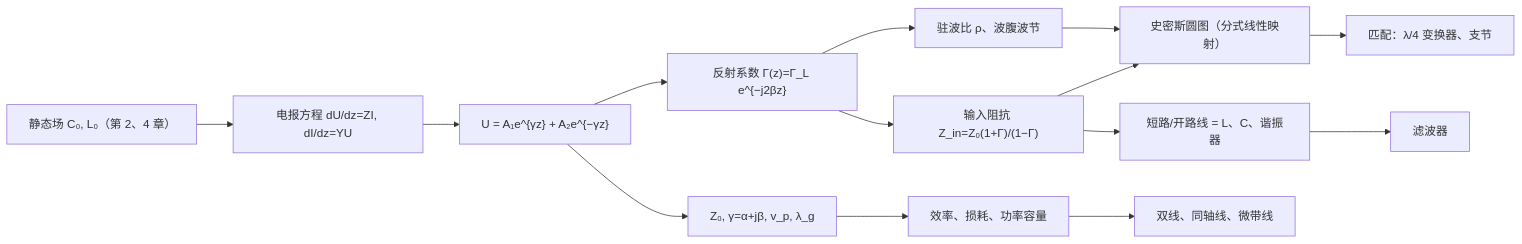
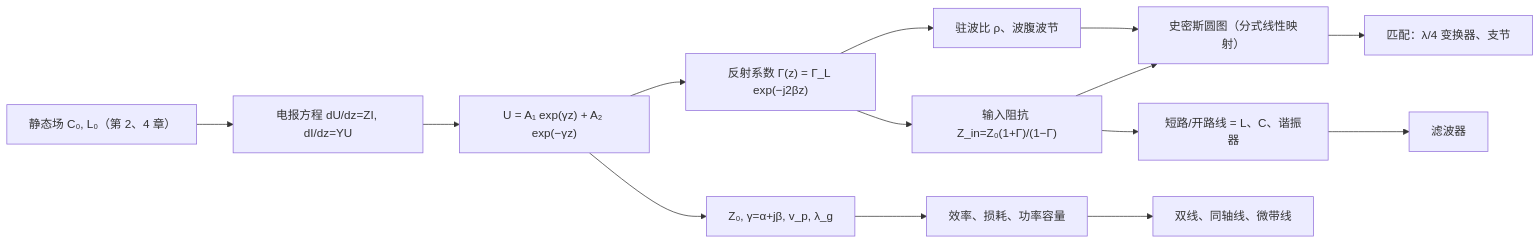
Before and after one commit to cockroach-f/em-fields-waves: the diagram in docs/ch7.md, drawn with Mermaid. The commit also changed 1 other file, not shown here.

Commit message:
归纳图里的指数改成 exp，避免 ^ 和花括号原样显示。

````diff
--- a/docs/ch7.md
+++ b/docs/ch7.md
@@ -784,16 +784,16 @@
 ```mermaid
 flowchart LR
     S["静态场 C₀, L₀（第 2、4 章）"] --> TL["电报方程 dU/dz=ZI, dI/dz=YU"]
-    TL --> SOL["U = A₁e^{γz} + A₂e^{−γz}"]
+    TL --> SOL["U = A₁ exp(γz) + A₂ exp(−γz)"]
     SOL --> P["Z₀, γ=α+jβ, v_p, λ_g"]
-    SOL --> G["反射系数 Γ(z)=Γ_L e^{−j2βz}"]
+    SOL --> G["反射系数 Γ(z) = Γ_L exp(−j2βz)"]
     G --> Z["输入阻抗 Z_in=Z₀(1+Γ)/(1−Γ)"]
     G --> R["驻波比 ρ、波腹波节"]
     Z --> SM["史密斯圆图（分式线性映射）"]
     R --> SM
     Z --> EQ["短路/开路线 = L、C、谐振器"]
     SM --> M["匹配：λ/4 变换器、支节"]
     EQ --> F["滤波器"]
     P --> PW["效率、损耗、功率容量"]
     PW --> LINES["双线、同轴线、微带线"]
 ```
````
